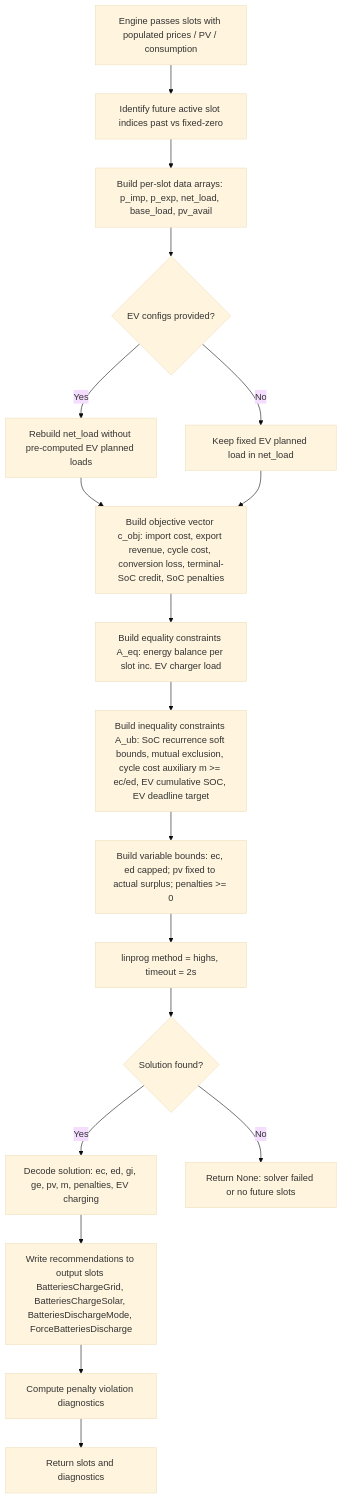
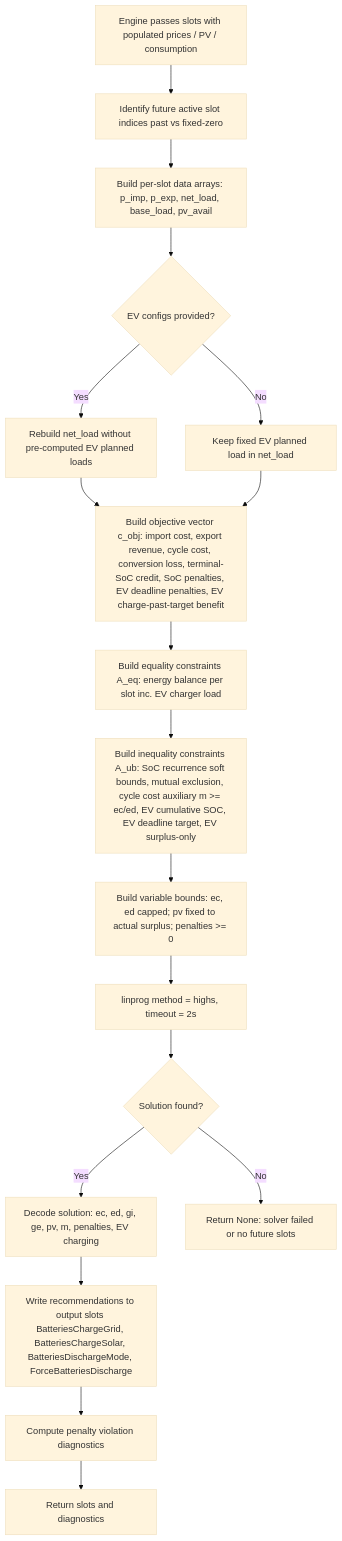
Before and after one commit to woopstar/hsem: the first of 2 diagrams in docs/milp-optimization.md, drawn with Mermaid (base theme). The commit also changed other lines of this file and 18 other files, not shown here.

Commit message:
fix(milp): co-optimise EV charge-past-target with surplus-only constraint and charger minimum power (#572)

````diff
--- a/docs/milp-optimization.md
+++ b/docs/milp-optimization.md
@@ -9,27 +9,27 @@
 ```mermaid
 flowchart TD
     A[Engine passes slots with populated prices / PV / consumption]
     B[Identify future active slot indices past vs fixed-zero]
     C[Build per-slot data arrays: p_imp, p_exp, net_load, base_load, pv_avail]
     D{EV configs provided?}
     E[Rebuild net_load without pre-computed EV planned loads]
     F[Keep fixed EV planned load in net_load]
-    G[Build objective vector c_obj: import cost, export revenue, cycle cost, conversion loss, terminal-SoC credit, SoC penalties]
+    G[Build objective vector c_obj: import cost, export revenue, cycle cost, conversion loss, terminal-SoC credit, SoC penalties, EV deadline penalties, EV charge-past-target benefit]
     H[Build equality constraints A_eq: energy balance per slot inc. EV charger load]
-    I[Build inequality constraints A_ub: SoC recurrence soft bounds, mutual exclusion, cycle cost auxiliary m >= ec/ed, EV cumulative SOC, EV deadline target]
+    I[Build inequality constraints A_ub: SoC recurrence soft bounds, mutual exclusion, cycle cost auxiliary m >= ec/ed, EV cumulative SOC, EV deadline target, EV surplus-only]
     J[Build variable bounds: ec, ed capped; pv fixed to actual surplus; penalties >= 0]
     K[linprog method = highs, timeout = 2s]
     L{Solution found?}
     M[Decode solution: ec, ed, gi, ge, pv, m, penalties, EV charging]
     N[Write recommendations to output slots BatteriesChargeGrid, BatteriesChargeSolar, BatteriesDischargeMode, ForceBatteriesDischarge]
     O[Compute penalty violation diagnostics]
     P[Return slots and diagnostics]
     Q[Return None: solver failed or no future slots]
 
     A --> B --> C --> D
     D -->|Yes| E --> G
     D -->|No| F --> G
     G --> H --> I --> J --> K --> L
     L -->|Yes| M --> N --> O --> P
     L -->|No| Q
 ```
````
